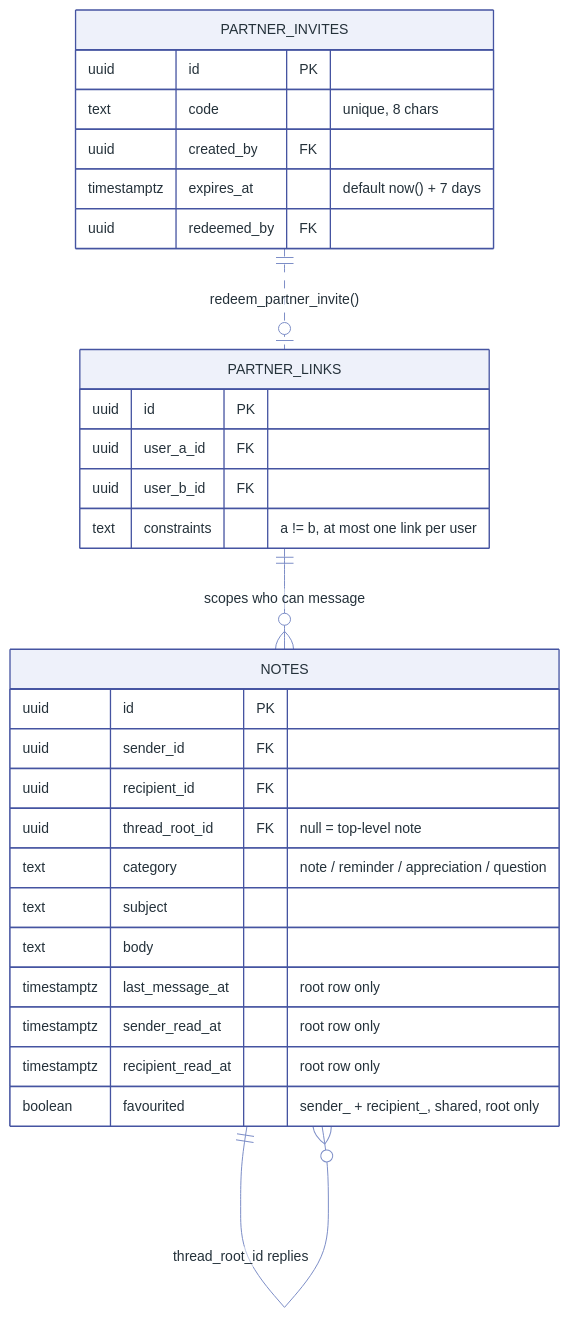
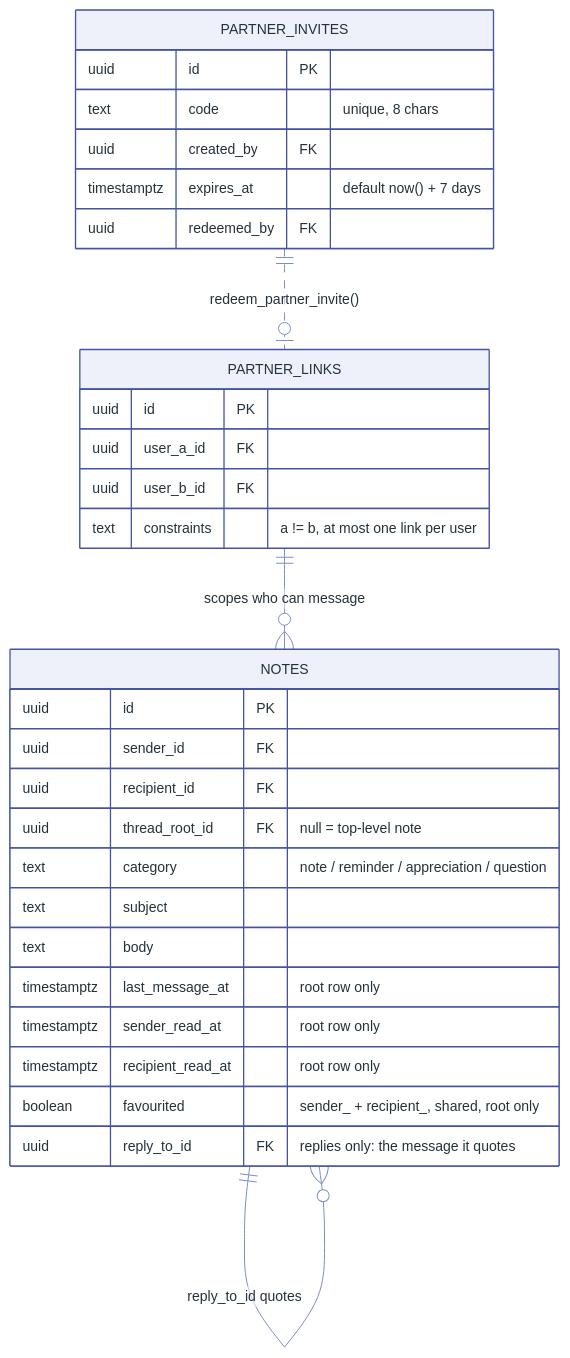
One commit to xxvazquez/health-management changed the fourth of 7 diagrams in docs/data-model.md. Above: the diagram before and after it, drawn with Mermaid. The commit also changed other lines of this file and 7 other files, not shown here.

First line of the commit message:
Reply to a specific message in a conversation

````diff
--- a/docs/data-model.md
+++ b/docs/data-model.md
@@ -292,38 +292,40 @@
 ```mermaid
 %%{init: {"theme": "base", "themeVariables": {
   "primaryColor": "#eef1fa", "primaryBorderColor": "#4554a1",
   "primaryTextColor": "#24313a", "lineColor": "#7d8ec7",
   "fontFamily": "Inter, -apple-system, sans-serif", "fontSize": "14px"
 }}}%%
 erDiagram
     PARTNER_INVITES ||..o| PARTNER_LINKS : "redeem_partner_invite()"
     PARTNER_LINKS   ||--o{ NOTES         : "scopes who can message"
     NOTES           ||--o{ NOTES         : "thread_root_id replies"
+    NOTES           ||--o{ NOTES         : "reply_to_id quotes"
 
     PARTNER_INVITES {
         uuid        id PK
         text        code "unique, 8 chars"
         uuid        created_by FK
         timestamptz expires_at "default now() + 7 days"
         uuid        redeemed_by FK
     }
     PARTNER_LINKS {
         uuid id PK
         uuid user_a_id FK
         uuid user_b_id FK
         text constraints "a != b, at most one link per user"
     }
     NOTES {
         uuid        id PK
         uuid        sender_id FK
         uuid        recipient_id FK
         uuid        thread_root_id FK "null = top-level note"
         text        category "note / reminder / appreciation / question"
         text        subject
         text        body
         timestamptz last_message_at "root row only"
         timestamptz sender_read_at "root row only"
         timestamptz recipient_read_at "root row only"
         boolean     favourited "sender_ + recipient_, shared, root only"
+        uuid        reply_to_id FK "replies only: the message it quotes"
     }
 ```
````
